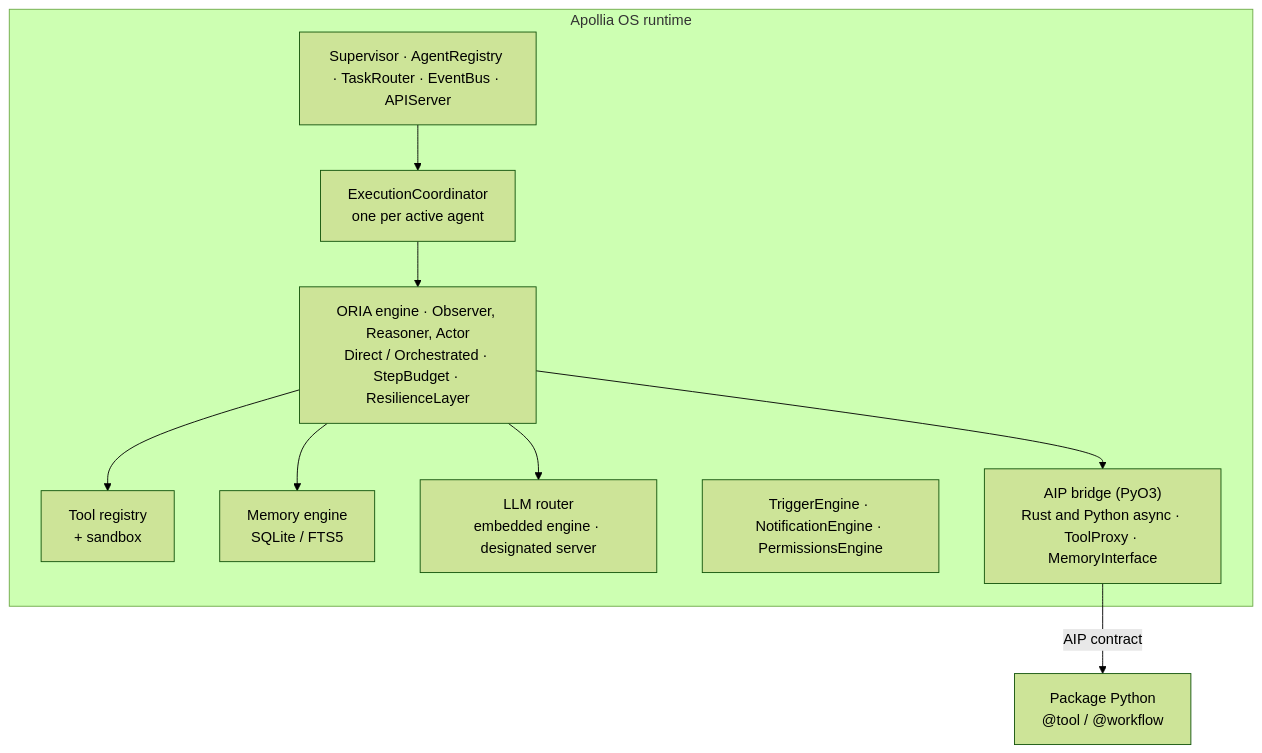
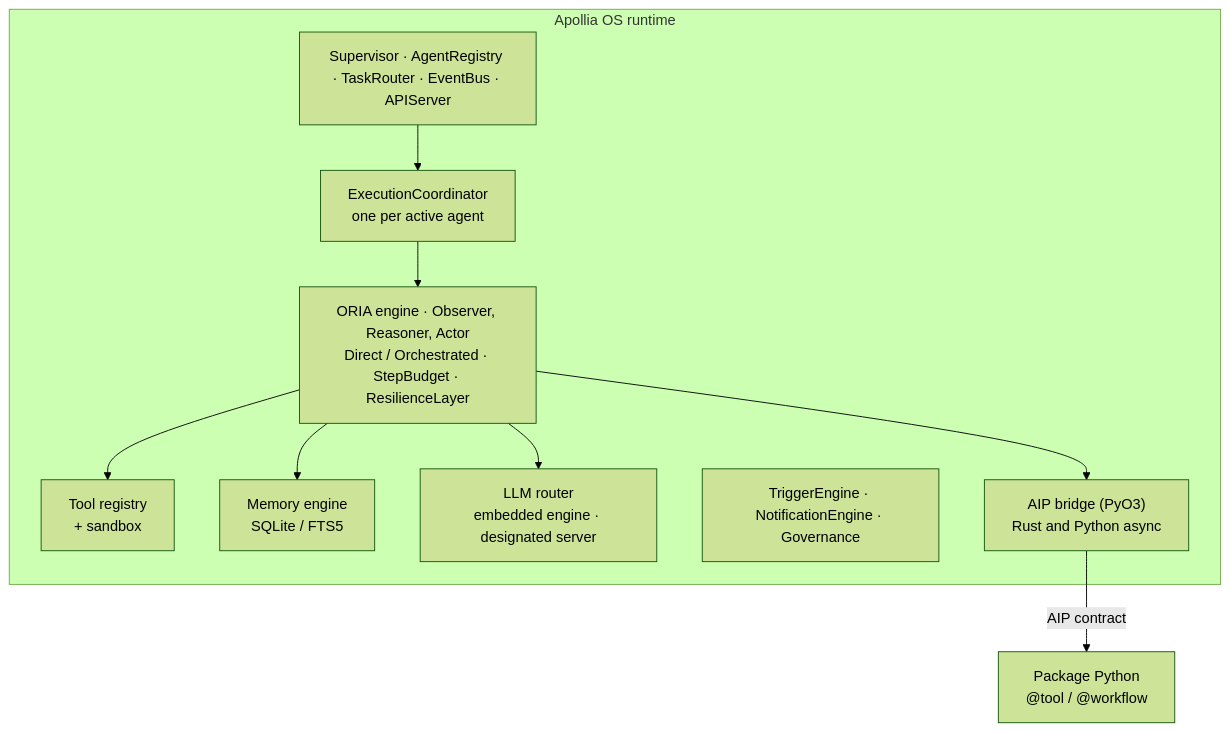
The diagram in README.md (nidal-z/apollia-os), drawn with Mermaid (forest theme) before and after one commit. The commit also changed other lines of this file and 15 other files, not shown here.

````diff
--- a/README.md
+++ b/README.md
@@ -164,21 +164,21 @@
 ```mermaid
 flowchart TB
     subgraph rt["Apollia OS runtime"]
         sup["Supervisor · AgentRegistry · TaskRouter · EventBus · APIServer"]
         coord["ExecutionCoordinator<br/>one per active agent"]
         oria["ORIA engine · Observer, Reasoner, Actor<br/>Direct / Orchestrated · StepBudget · ResilienceLayer"]
         tools["Tool registry<br/>+ sandbox"]
         mem["Memory engine<br/>SQLite / FTS5"]
         llm["LLM router<br/>embedded engine · designated server"]
-        side["TriggerEngine · NotificationEngine · PermissionsEngine"]
-        aip["AIP bridge (PyO3)<br/>Rust and Python async · ToolProxy · MemoryInterface"]
+        side["TriggerEngine · NotificationEngine · Governance"]
+        aip["AIP bridge (PyO3)<br/>Rust and Python async"]
     end
     agent["Package Python<br/>@tool / @workflow"]
 
     sup --> coord --> oria
     oria --> tools
     oria --> mem
     oria --> llm
     oria --> aip
     aip -- "AIP contract" --> agent
 ```
````
